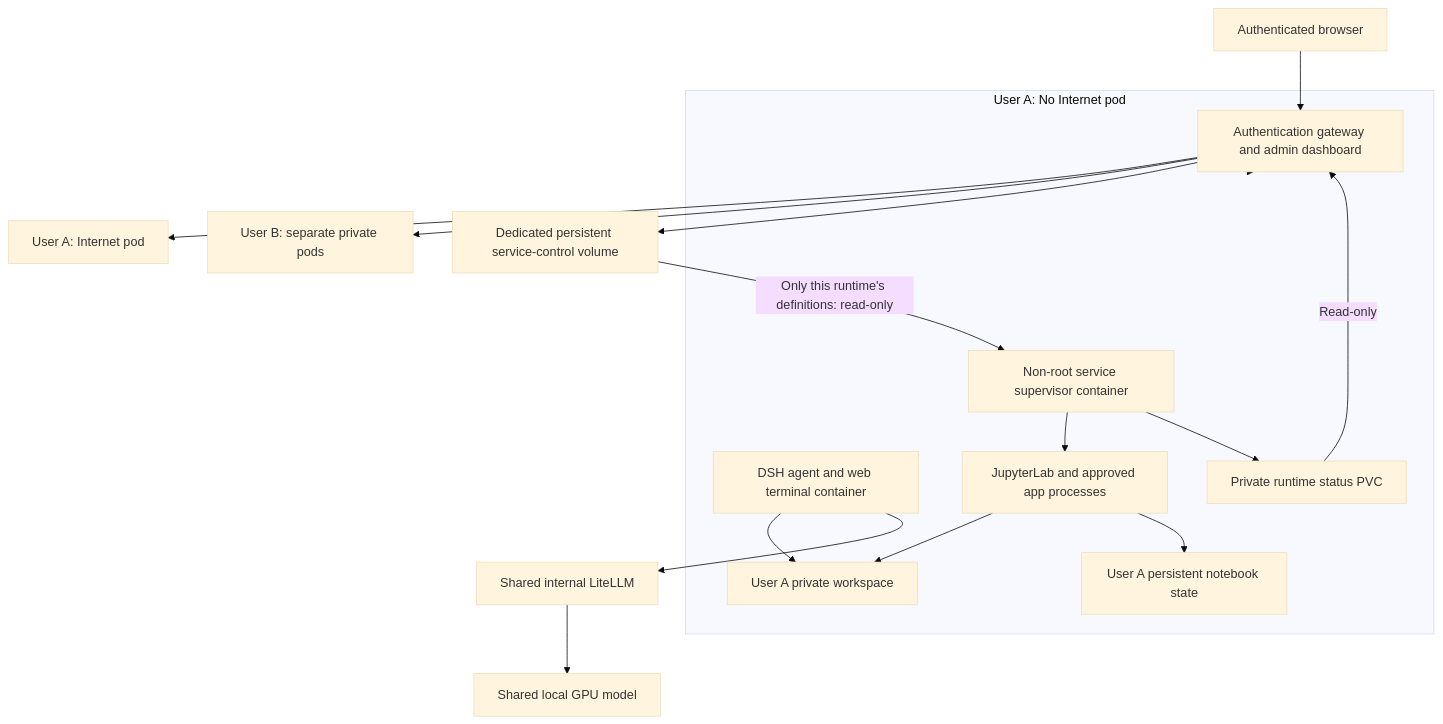
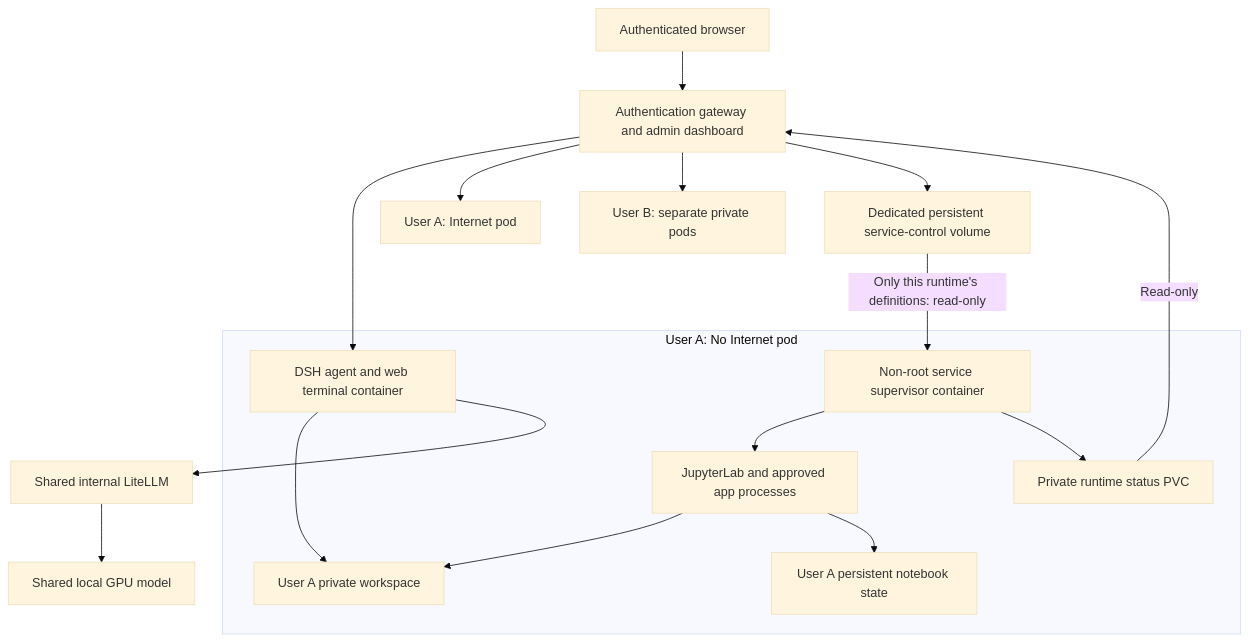
Before and after one commit to skunpoj/dsh_setup: the diagram in docs/APP_SERVICE_SUPERVISION.md, drawn with Mermaid (base theme). The commit also changed 1 other file, not shown here.

Commit message:
Keep shared gateway and inference outside the private runtime diagram

````diff
--- a/docs/APP_SERVICE_SUPERVISION.md
+++ b/docs/APP_SERVICE_SUPERVISION.md
@@ -13,21 +13,32 @@
 ```mermaid
 flowchart TB
- B[Authenticated browser] --> G[Authentication gateway and admin dashboard]
- G --> U[User A: No Internet pod]
- G --> I[User A: Internet pod]
- G --> V[User B: separate private pods]
- G --> C[Dedicated persistent service-control volume]
- C -->|Only this runtime's definitions: read-only| S
- subgraph U[User A: No Internet pod]
+ B[Authenticated browser]
+ G[Authentication gateway and admin dashboard]
+ C[Dedicated persistent service-control volume]
+ I[User A: Internet pod]
+ V[User B: separate private pods]
+ L[Shared internal LiteLLM]
+ GPU[Shared local GPU model]
+ subgraph UserPod[User A: No Internet pod]
   D[DSH agent and web terminal container]
   S[Non-root service supervisor container]
-  S --> J[JupyterLab and approved app processes]
-  S --> T[Private runtime status PVC]
-  T -->|Read-only| G
-  D --> W[User A private workspace]
-  J --> W
-  J --> N[User A persistent notebook state]
+  J[JupyterLab and approved app processes]
+  T[Private runtime status PVC]
+  W[User A private workspace]
+  N[User A persistent notebook state]
  end
- D --> L[Shared internal LiteLLM]
- L --> GPU[Shared local GPU model]
+ B --> G
+ G --> D
+ G --> I
+ G --> V
+ G --> C
+ C -->|Only this runtime's definitions: read-only| S
+ S --> J
+ S --> T
+ T -->|Read-only| G
+ D --> W
+ J --> W
+ J --> N
+ D --> L
+ L --> GPU
 ```
````
